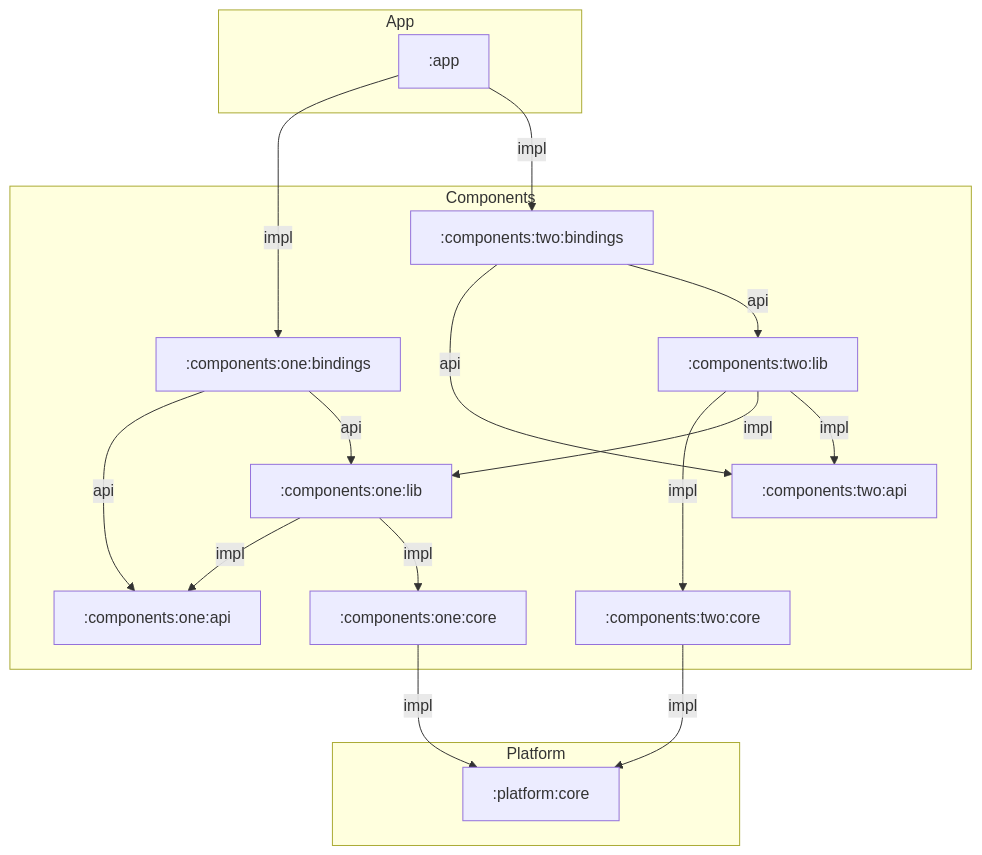
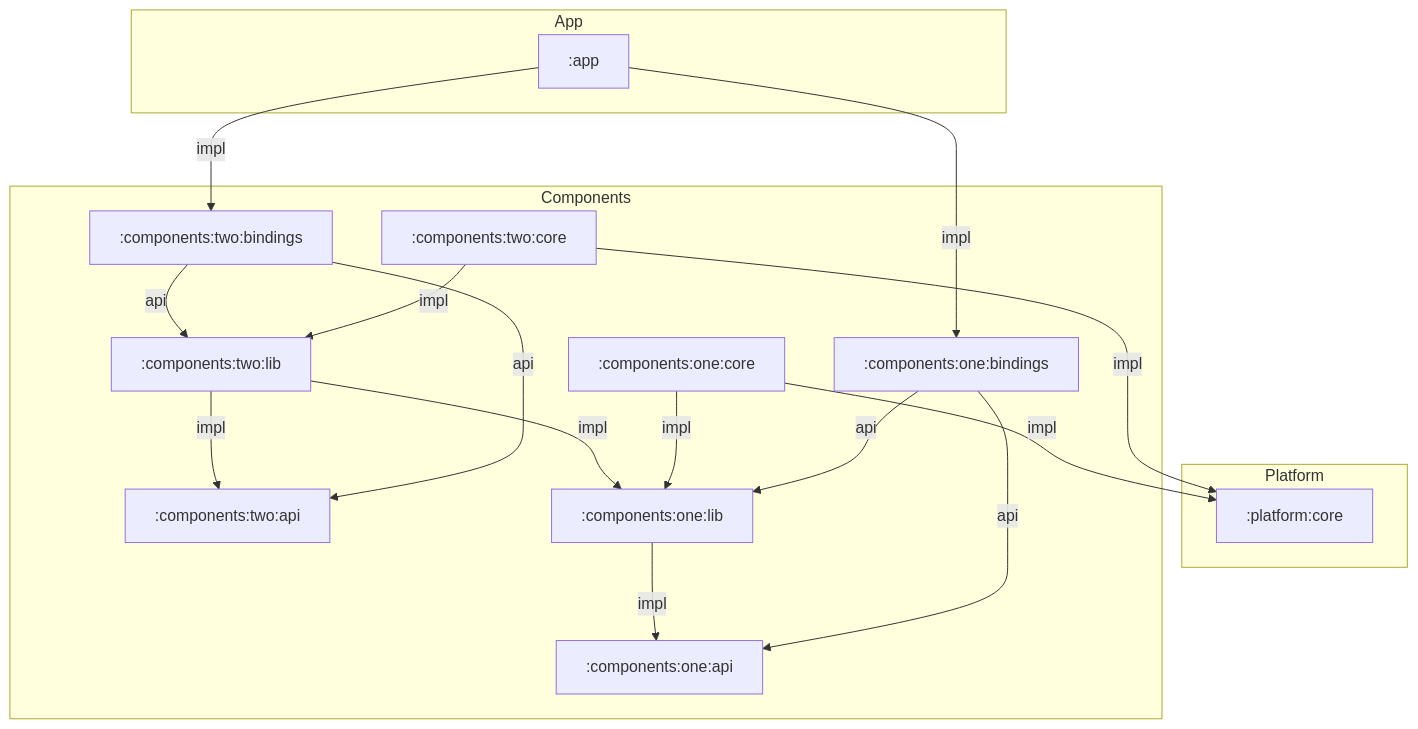
Before and after one commit to thalkz/android-modules: the diagram in README.md, drawn with Mermaid. The commit also changed other lines of this file and 1380 other files, not shown here.

````diff
--- a/README.md
+++ b/README.md
@@ -17,29 +17,29 @@
 ```mermaid
 graph TB
     subgraph Platform
         :platform:core
     end
     
     subgraph Components
-        :components:two:lib --impl--> :components:two:core
+        :components:two:lib --impl--> :components:two:api
         :components:two:lib --impl--> :components:one:lib
-        :components:two:lib --impl--> :components:two:api
         :components:two:bindings --api--> :components:two:api
         :components:two:bindings --api--> :components:two:lib
+        :components:two:core --impl--> :components:two:lib
 
         :components:one:lib --impl--> :components:one:api
-        :components:one:lib --impl--> :components:one:core
+        :components:one:core --impl--> :components:one:lib
         :components:one:bindings --api--> :components:one:api
         :components:one:bindings --api--> :components:one:lib
     end
 
     :components:one:core --impl--> :platform:core
     :components:two:core --impl--> :platform:core
 
     subgraph App
         :app
     end
 
     :app --impl--> :components:one:bindings
     :app --impl--> :components:two:bindings
 ```
````
